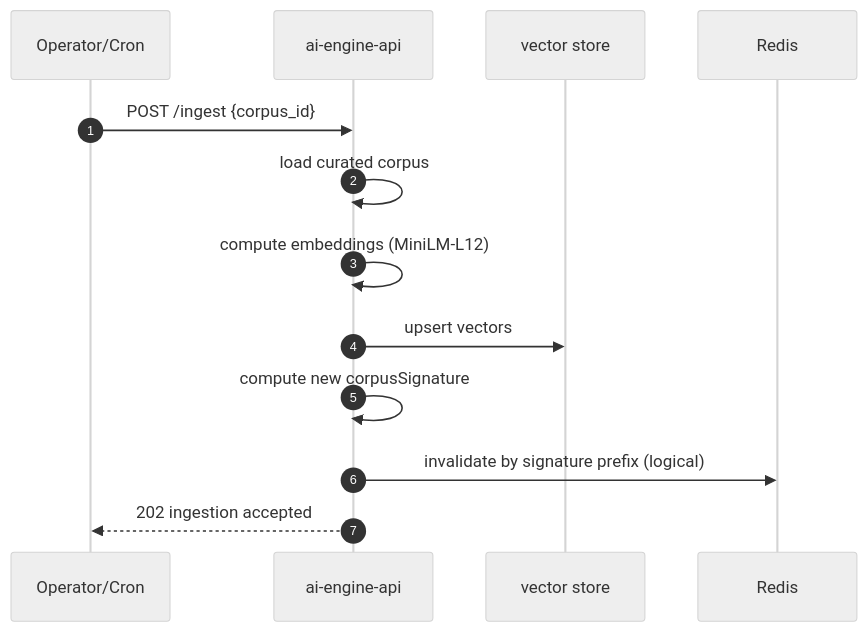
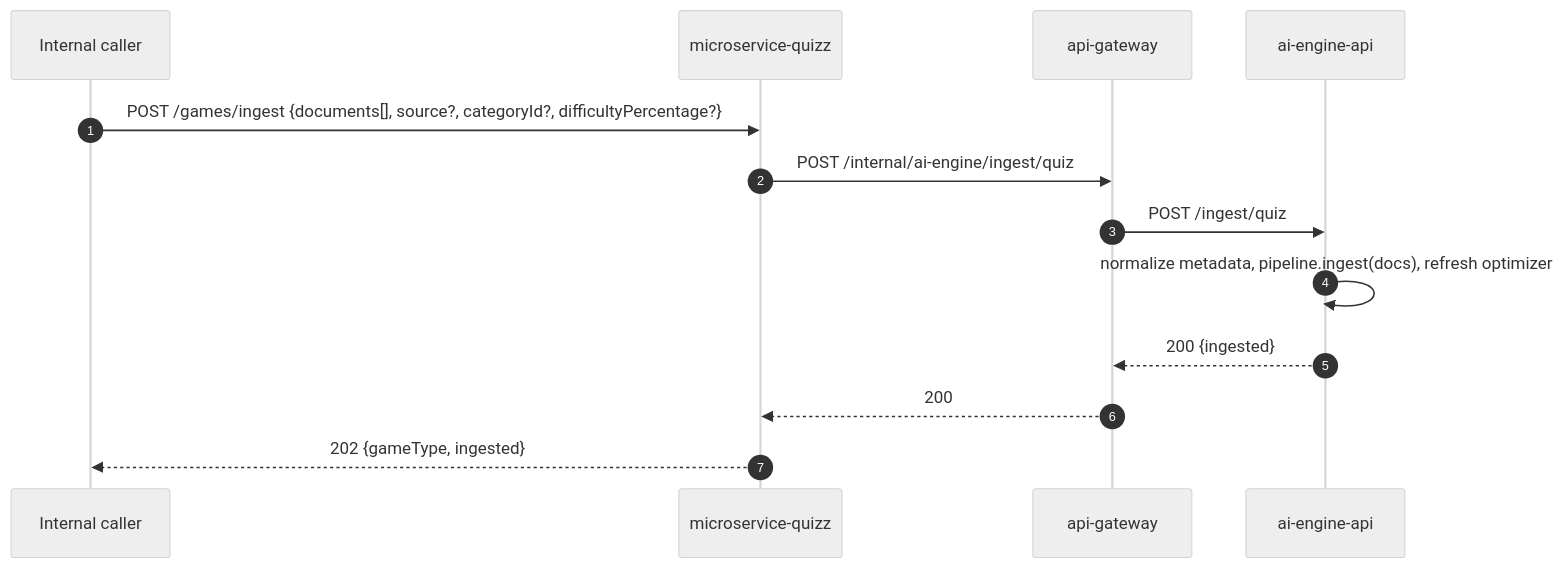
Before and after one commit to AxiomNode/docs: the fifth of 7 diagrams in architecture/key-sequence-flows.md, drawn with Mermaid (neutral theme). The commit also changed other lines of this file and 12 other files, not shown here.

First line of the commit message:
docs(architecture): align flows, topology and contract claims with code on main (#11)

````diff
--- a/architecture/key-sequence-flows.md
+++ b/architecture/key-sequence-flows.md
@@ -132,16 +138,16 @@
 ```mermaid
 sequenceDiagram
   autonumber
-  participant Op as Operator/Cron
+  participant Op as Internal caller
+  participant Q as microservice-quizz
+  participant GW as api-gateway
   participant AI as ai-engine-api
-  participant Vec as vector store
-  participant Cache as Redis
 
-  Op->>AI: POST /ingest {corpus_id}
-  AI->>AI: load curated corpus
-  AI->>AI: compute embeddings (MiniLM-L12)
-  AI->>Vec: upsert vectors
-  AI->>AI: compute new corpusSignature
-  AI->>Cache: invalidate by signature prefix (logical)
-  AI-->>Op: 202 ingestion accepted
+  Op->>Q: POST /games/ingest {documents[], source?, categoryId?, difficultyPercentage?}
+  Q->>GW: POST /internal/ai-engine/ingest/quiz
+  GW->>AI: POST /ingest/quiz
+  AI->>AI: normalize metadata, pipeline.ingest(docs), refresh optimizer
+  AI-->>GW: 200 {ingested}
+  GW-->>Q: 200
+  Q-->>Op: 202 {gameType, ingested}
 ```
````
